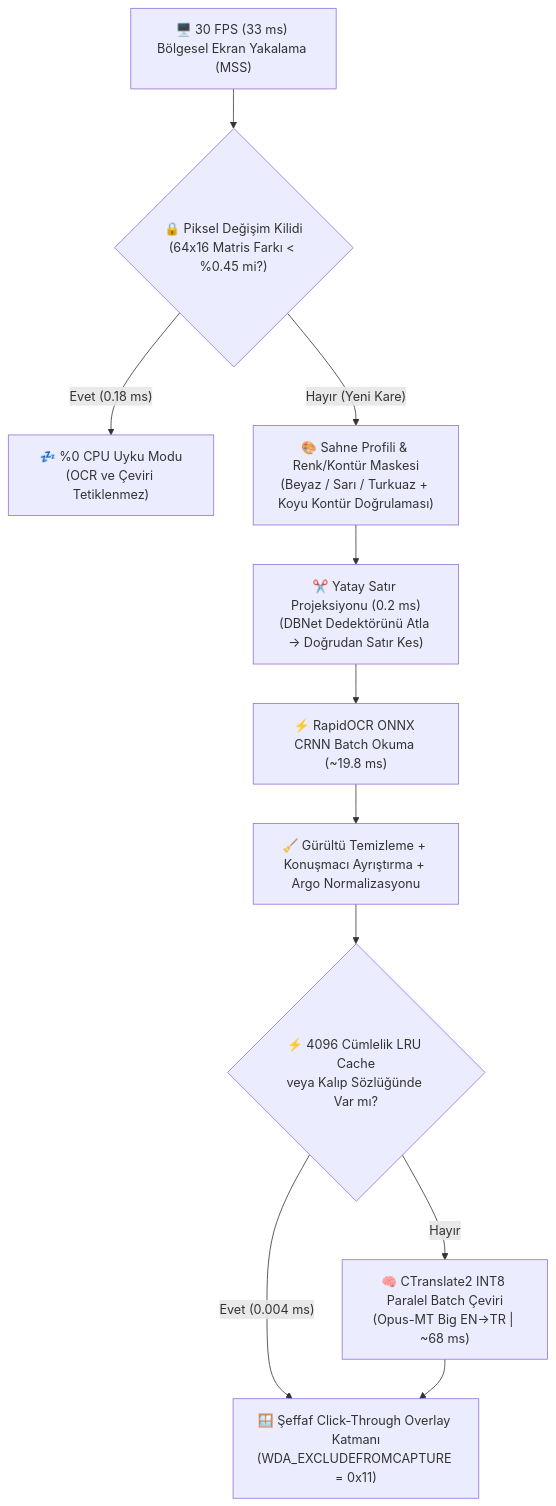
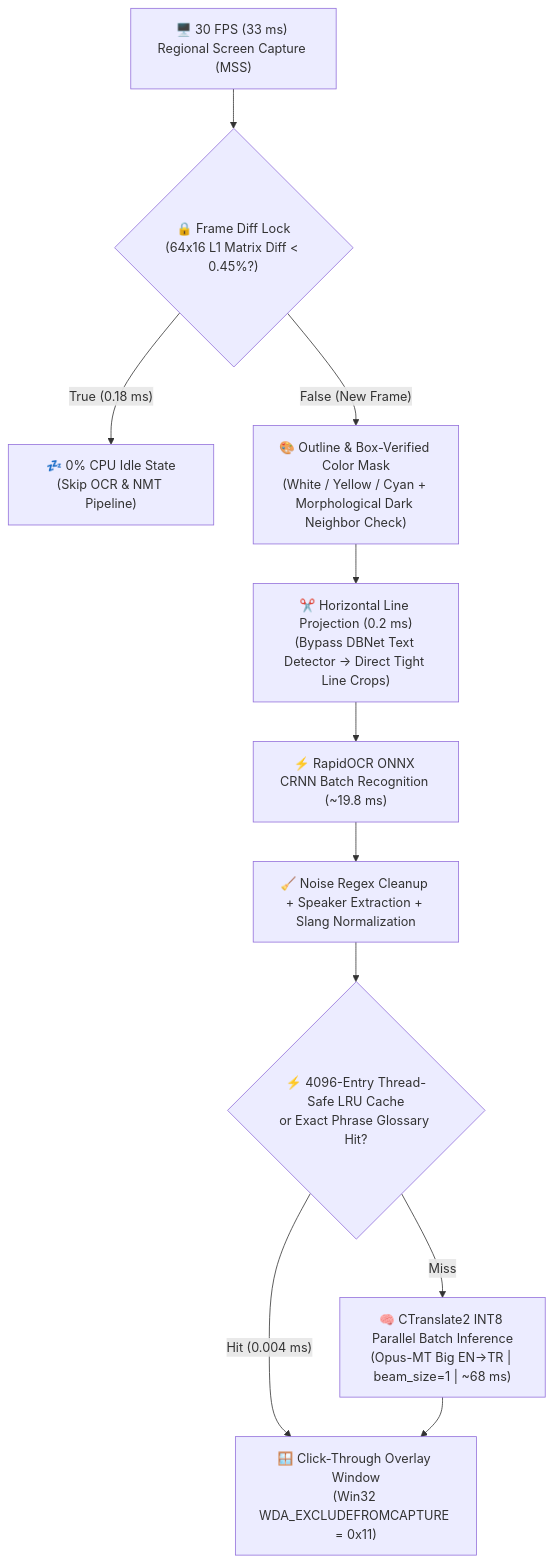
Before and after one commit to Andacbasaran/subvision-ai-subtitle-translator: the diagram in README.md, drawn with Mermaid. The commit also changed other lines of this file and 2 other files, not shown here.

````diff
--- a/README.md
+++ b/README.md
@@ -82,13 +82,13 @@
 ```mermaid
 flowchart TD
-    A["🖥️ 30 FPS (33 ms) Bölgesel Ekran Yakalama (MSS)"] --> B{"🔒 Piksel Değişim Kilidi\n(64x16 Matris Farkı < %0.45 mi?)"}
-    B -- "Evet (0.18 ms)" --> Z["💤 %0 CPU Uyku Modu\n(OCR ve Çeviri Tetiklenmez)"]
-    B -- "Hayır (Yeni Kare)" --> C["🎨 Sahne Profili & Renk/Kontür Maskesi\n(Beyaz / Sarı / Turkuaz + Koyu Kontür Doğrulaması)"]
-    C --> D["✂️ Yatay Satır Projeksiyonu (0.2 ms)\n(DBNet Dedektörünü Atla -> Doğrudan Satır Kes)"]
-    D --> E["⚡ RapidOCR ONNX CRNN Batch Okuma (~19.8 ms)"]
-    E --> F["🧹 Gürültü Temizleme + Konuşmacı Ayrıştırma + Argo Normalizasyonu"]
-    F --> G{"⚡ 4096 Cümlelik LRU Cache\nveya Kalıp Sözlüğünde Var mı?"}
-    G -- "Evet (0.004 ms)" --> I["🪟 Şeffaf Click-Through Overlay Katmanı\n(WDA_EXCLUDEFROMCAPTURE = 0x11)"]
-    G -- "Hayır" --> H["🧠 CTranslate2 INT8 Paralel Batch Çeviri\n(Opus-MT Big EN->TR | ~68 ms)"]
+    A["🖥️ 30 FPS (33 ms) Regional Screen Capture (MSS)"] --> B{"🔒 Frame Diff Lock\n(64x16 L1 Matrix Diff < 0.45%?)"}
+    B -- "True (0.18 ms)" --> Z["💤 0% CPU Idle State\n(Skip OCR & NMT Pipeline)"]
+    B -- "False (New Frame)" --> C["🎨 Outline & Box-Verified Color Mask\n(White / Yellow / Cyan + Morphological Dark Neighbor Check)"]
+    C --> D["✂️ Horizontal Line Projection (0.2 ms)\n(Bypass DBNet Text Detector -> Direct Tight Line Crops)"]
+    D --> E["⚡ RapidOCR ONNX CRNN Batch Recognition (~19.8 ms)"]
+    E --> F["🧹 Noise Regex Cleanup + Speaker Extraction + Slang Normalization"]
+    F --> G{"⚡ 4096-Entry Thread-Safe LRU Cache\nor Exact Phrase Glossary Hit?"}
+    G -- "Hit (0.004 ms)" --> I["🪟 Click-Through Overlay Window\n(Win32 WDA_EXCLUDEFROMCAPTURE = 0x11)"]
+    G -- "Miss" --> H["🧠 CTranslate2 INT8 Parallel Batch Inference\n(Opus-MT Big EN->TR | beam_size=1 | ~68 ms)"]
     H --> I
 ```
````
